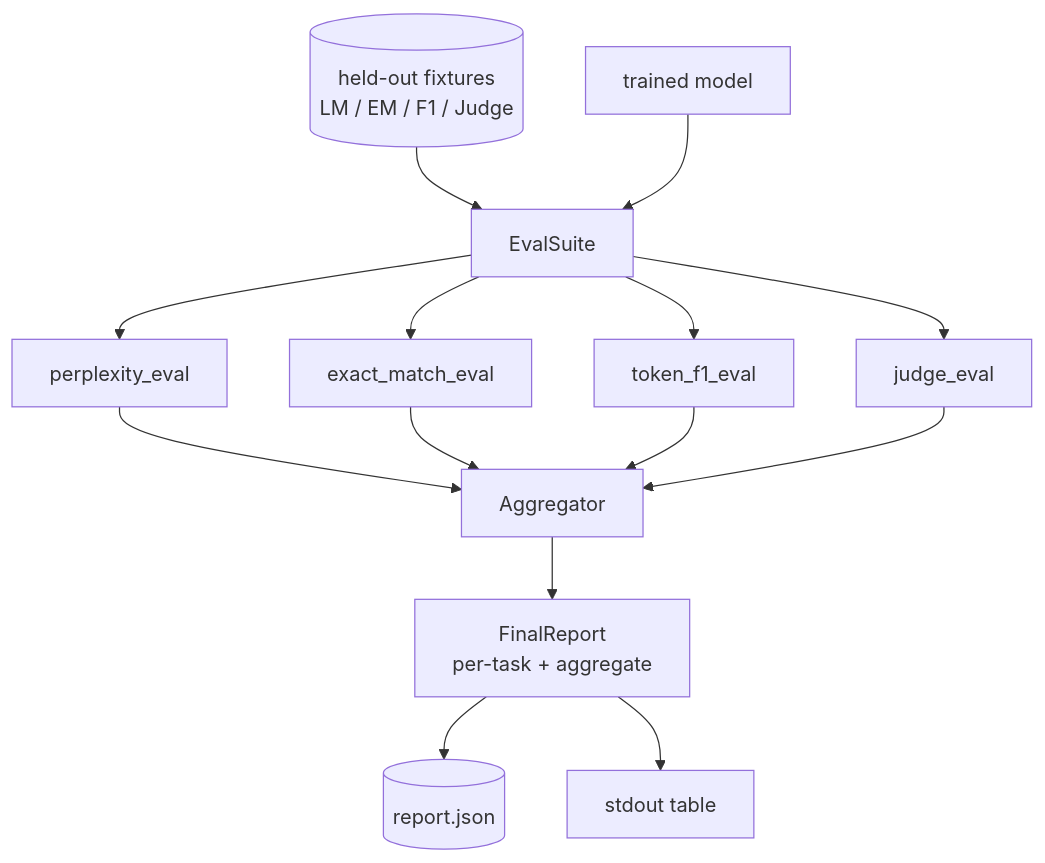
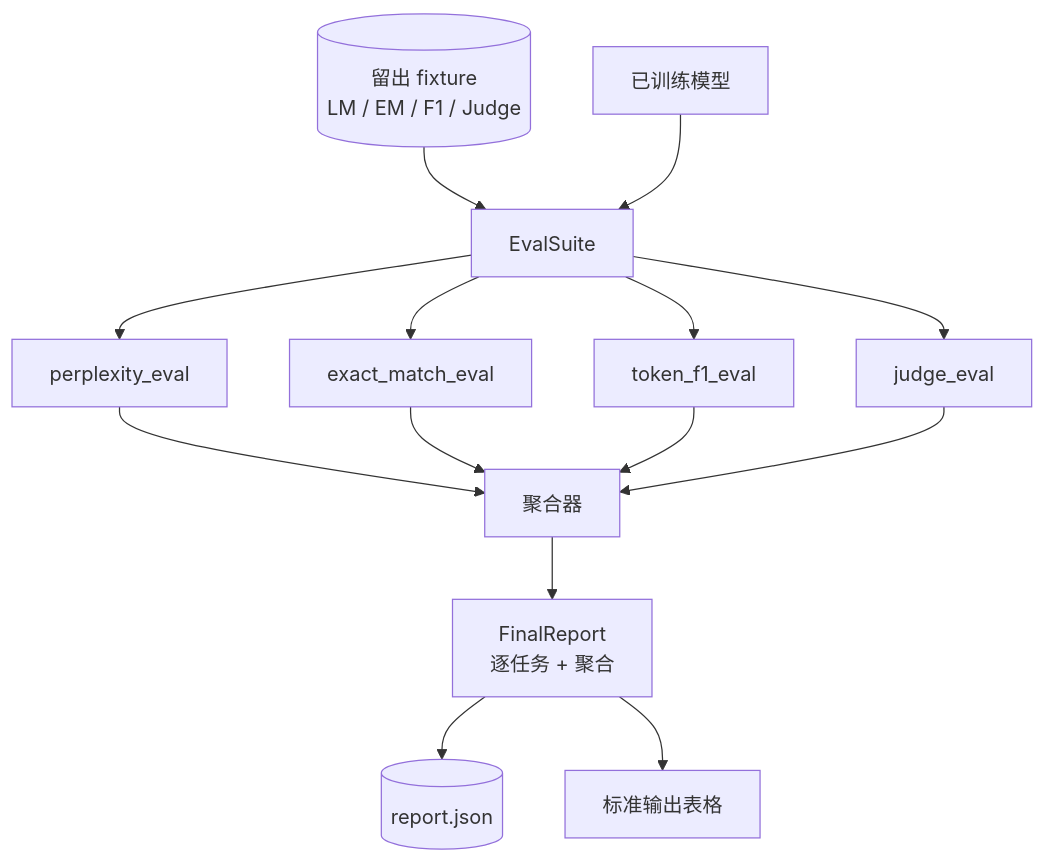
The third of 3 diagrams in phases/19-capstone-projects/41-eval-pipeline/docs/zh.md (alessandrodinisio-ai/ai-engineering-learning-framework), drawn with Mermaid before and after one commit. The commit also changed other lines of this file and 120 other files, not shown here.

First line of the commit message:
i18n(mermaid): 337 个 mermaid 图表标签中文化

````diff
--- a/phases/19-capstone-projects/41-eval-pipeline/docs/zh.md
+++ b/phases/19-capstone-projects/41-eval-pipeline/docs/zh.md
@@ -108,16 +108,16 @@
 ```mermaid
 flowchart TD
-  Data[(held-out fixtures<br/>LM / EM / F1 / Judge)] --> Suite[EvalSuite]
-  Model[trained model] --> Suite
+  Data[(留出 fixture<br/>LM / EM / F1 / Judge)] --> Suite[EvalSuite]
+  Model[已训练模型] --> Suite
   Suite --> PE[perplexity_eval]
   Suite --> EE[exact_match_eval]
   Suite --> FE[token_f1_eval]
   Suite --> JE[judge_eval]
-  PE --> Agg[Aggregator]
+  PE --> Agg[聚合器]
   EE --> Agg
   FE --> Agg
   JE --> Agg
-  Agg --> R[FinalReport<br/>per-task + aggregate]
+  Agg --> R[FinalReport<br/>逐任务 + 聚合]
   R --> JSON[(report.json)]
-  R --> Pretty[stdout table]
+  R --> Pretty[标准输出表格]
 ```
````
